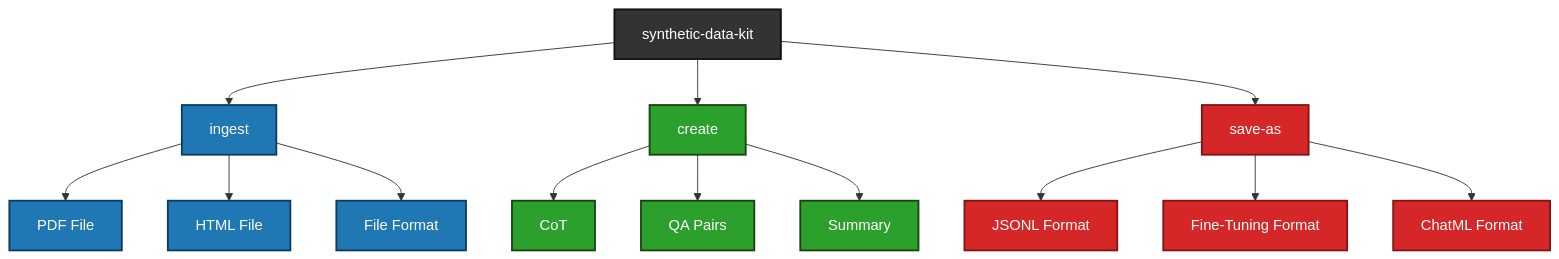
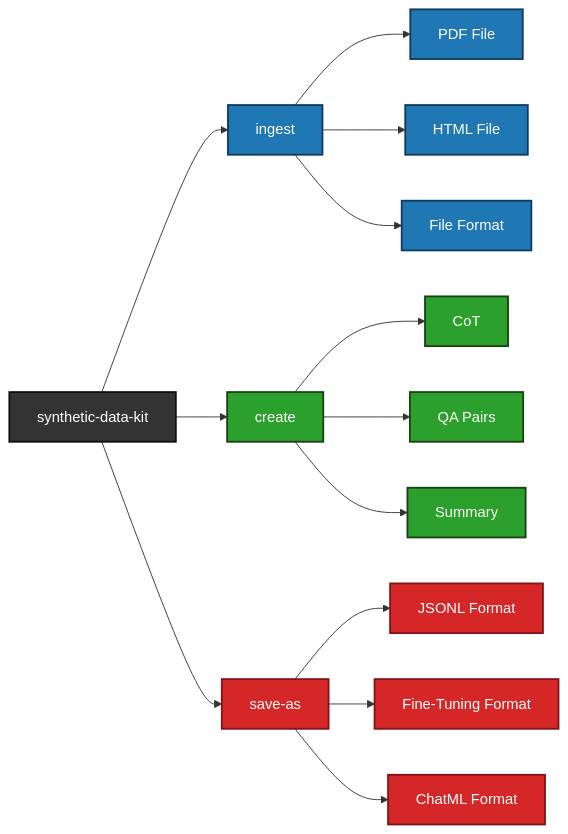
One commit to TheVixhal/tds changed the diagram in README.md. Above: the diagram before and after it, drawn with Mermaid.

````diff
--- a/README.md
+++ b/README.md
@@ -1,32 +1,31 @@
 ```mermaid
-graph TD
+graph LR
     classDef sdk fill:#333,color:#fff,stroke:#111,stroke-width:2px;
     classDef ingestBranch fill:#1f77b4,color:#fff,stroke:#0e3c61,stroke-width:2px;
     classDef createBranch fill:#2ca02c,color:#fff,stroke:#1a4314,stroke-width:2px;
     classDef saveasBranch fill:#d62728,color:#fff,stroke:#801515,stroke-width:2px;
 
     SDK[synthetic-data-kit]
     
     SDK --> Ingest[ingest]
     SDK --> Create[create]
     SDK --> SaveAs[save-as]
     
     Ingest --> PDFFile[PDF File]
     Ingest --> HTMLFile[HTML File]
     Ingest --> YouTubeURL[File Format]
 
     Create --> CoT[CoT]
     Create --> QA[QA Pairs]
     Create --> Summary[Summary]
 
     SaveAs --> JSONL[JSONL Format]
     SaveAs --> FT[Fine-Tuning Format]
     SaveAs --> ChatML[ChatML Format]
 
     class SDK sdk;
     class Ingest,PDFFile,HTMLFile,YouTubeURL ingestBranch;
     class Create,CoT,QA,Summary createBranch;
     class SaveAs,JSONL,FT,ChatML saveasBranch;
 
-
 ```
````
